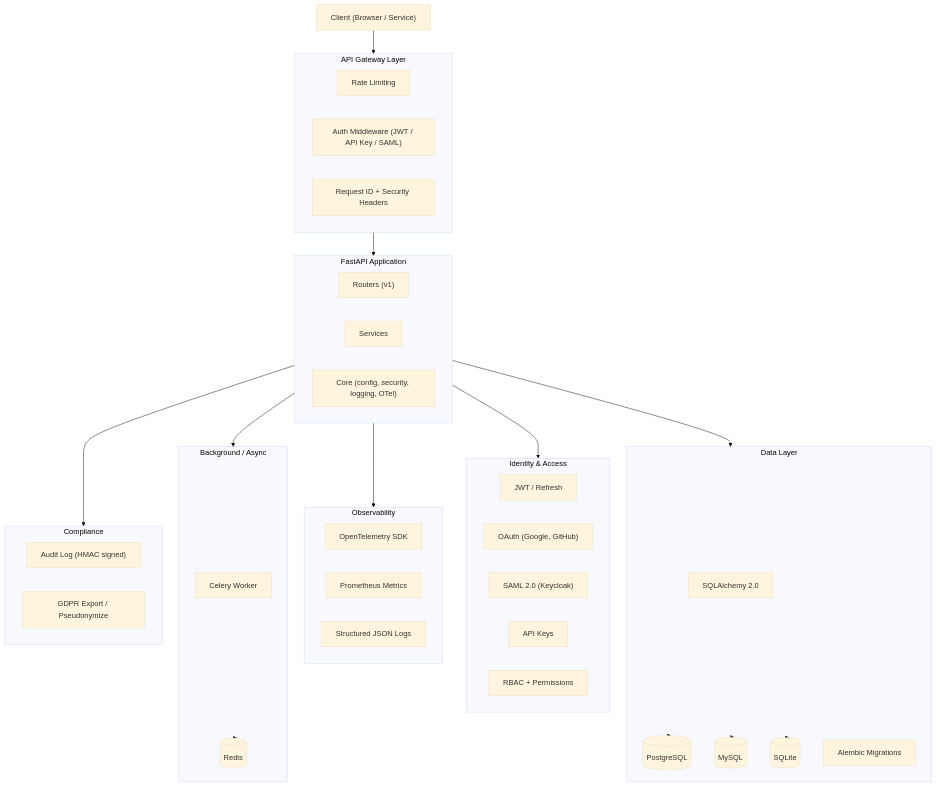
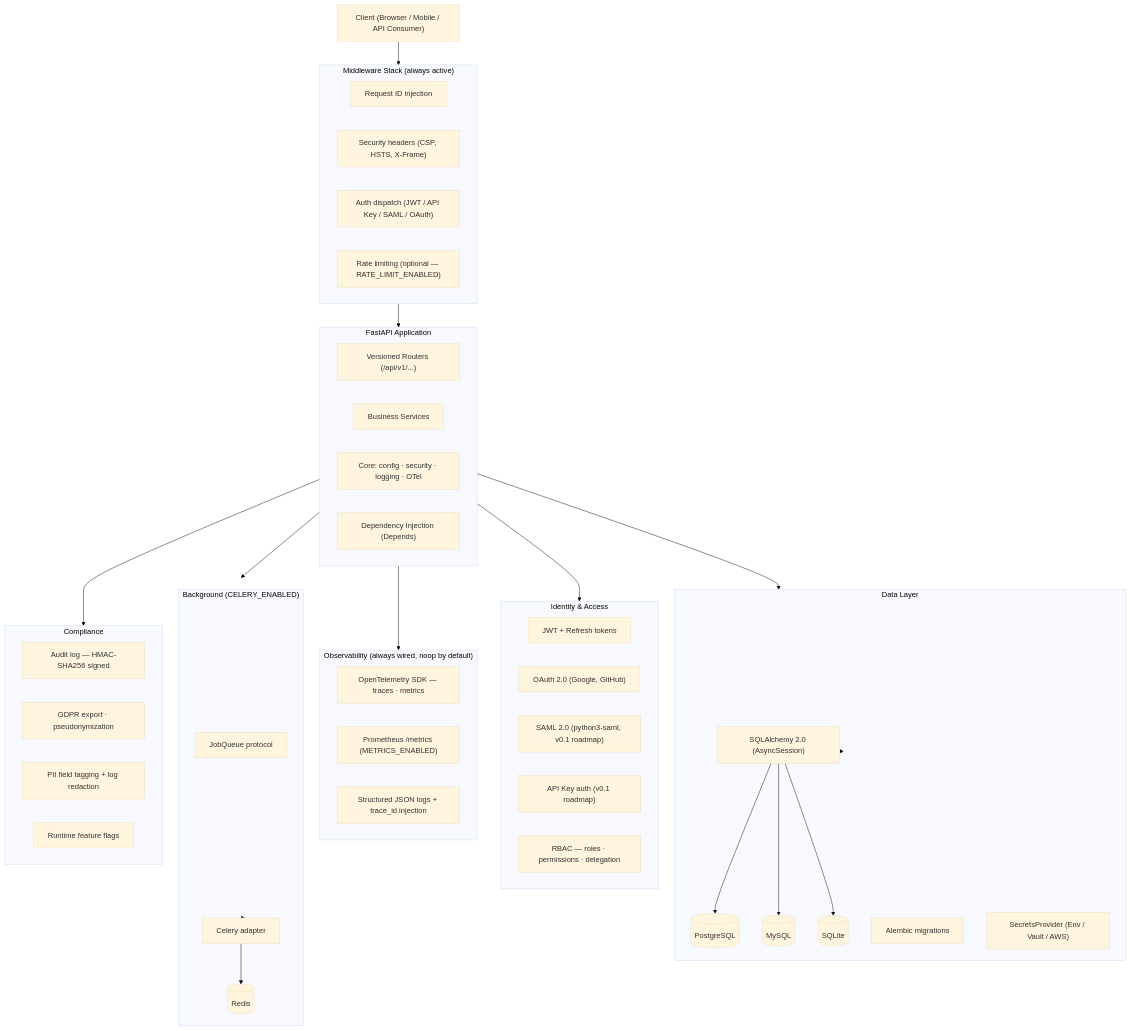
Before and after one commit to HarounAbdelsamad/fastapi-production-starter: the diagram in docs/architecture/overview.md, drawn with Mermaid (base theme). The commit also changed other lines of this file and 31 other files, not shown here.

````diff
--- a/docs/architecture/overview.md
+++ b/docs/architecture/overview.md
@@ -5,60 +7,59 @@
 ```mermaid
 graph TB
-    Client["Client (Browser / Service)"]
+    Client["Client (Browser / Mobile / API Consumer)"]
 
-    subgraph Gateway["API Gateway Layer"]
-        RateLimit["Rate Limiting"]
-        AuthMiddleware["Auth Middleware (JWT / API Key / SAML)"]
-        RequestID["Request ID + Security Headers"]
+    subgraph Middleware["Middleware Stack (always active)"]
+        ReqID["Request ID injection"]
+        SecHdr["Security headers (CSP, HSTS, X-Frame)"]
+        Auth["Auth dispatch (JWT / API Key / SAML / OAuth)"]
+        RateLimit["Rate limiting (optional — RATE_LIMIT_ENABLED)"]
     end
 
     subgraph App["FastAPI Application"]
-        Routers["Routers (v1)"]
-        Services["Services"]
-        Core["Core (config, security, logging, OTel)"]
+        Routers["Versioned Routers (/api/v1/...)"]
+        Services["Business Services"]
+        Core["Core: config · security · logging · OTel"]
+        DI["Dependency Injection (Depends)"]
     end
 
-    subgraph Identity["Identity & Access"]
-        JWT["JWT / Refresh"]
-        OAuth["OAuth (Google, GitHub)"]
-        SAML["SAML 2.0 (Keycloak)"]
-        APIKey["API Keys"]
-        RBAC["RBAC + Permissions"]
+    subgraph IAM["Identity & Access"]
+        JWT["JWT + Refresh tokens"]
+        OAuth["OAuth 2.0 (Google, GitHub)"]
+        SAML["SAML 2.0 (python3-saml, v0.1 roadmap)"]
+        APIKey["API Key auth (v0.1 roadmap)"]
+        RBAC["RBAC — roles · permissions · delegation"]
     end
 
     subgraph Data["Data Layer"]
-        SQLAlchemy["SQLAlchemy 2.0"]
-        Postgres[("PostgreSQL")]
-        MySQL[("MySQL")]
-        SQLite[("SQLite")]
-        Alembic["Alembic Migrations"]
+        ORM["SQLAlchemy 2.0 (AsyncSession)"]
+        Pg[("PostgreSQL")]
+        My[("MySQL")]
+        Sq[("SQLite")]
+        Alembic["Alembic migrations"]
+        Secrets["SecretsProvider (Env / Vault / AWS)"]
     end
 
-    subgraph Observability["Observability"]
-        OTel["OpenTelemetry SDK"]
-        Prometheus["Prometheus Metrics"]
-        StructuredLogs["Structured JSON Logs"]
+    subgraph Obs["Observability (always wired, noop by default)"]
+        OTel["OpenTelemetry SDK — traces · metrics"]
+        Prom["Prometheus /metrics (METRICS_ENABLED)"]
+        Logs["Structured JSON logs + trace_id injection"]
     end
 
-    subgraph Background["Background / Async"]
-        Celery["Celery Worker"]
+    subgraph BgJobs["Background (CELERY_ENABLED)"]
+        JobQ["JobQueue protocol"]
+        Celery["Celery adapter"]
         Redis[("Redis")]
     end
 
     subgraph Compliance["Compliance"]
-        AuditLog["Audit Log (HMAC signed)"]
-        GDPR["GDPR Export / Pseudonymize"]
+        Audit["Audit log — HMAC-SHA256 signed"]
+        GDPR["GDPR export · pseudonymization"]
+        PII["PII field tagging + log redaction"]
+        FF["Runtime feature flags"]
     end
 
-    Client --> Gateway
-    Gateway --> App
-    App --> Identity
-    App --> Data
-    App --> Observability
-    App --> Background
-    App --> Compliance
-    Data --> Postgres
-    Data --> MySQL
-    Data --> SQLite
-    Background --> Redis
+    Client --> Middleware --> App
+    App --> IAM & Data & Obs & BgJobs & Compliance
+    Data --> ORM --> Pg & My & Sq
+    BgJobs --> Celery --> Redis
 ```
````
